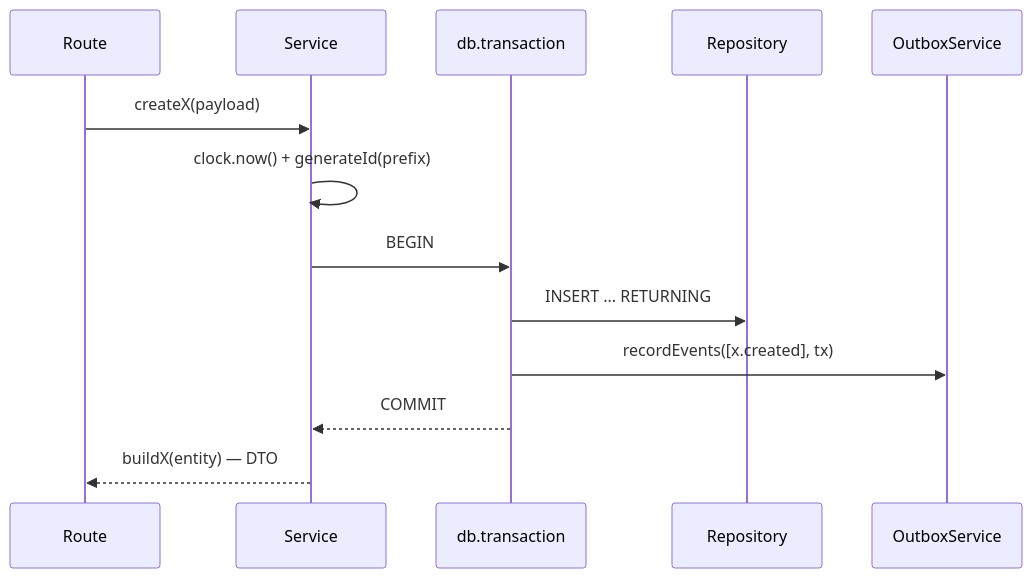
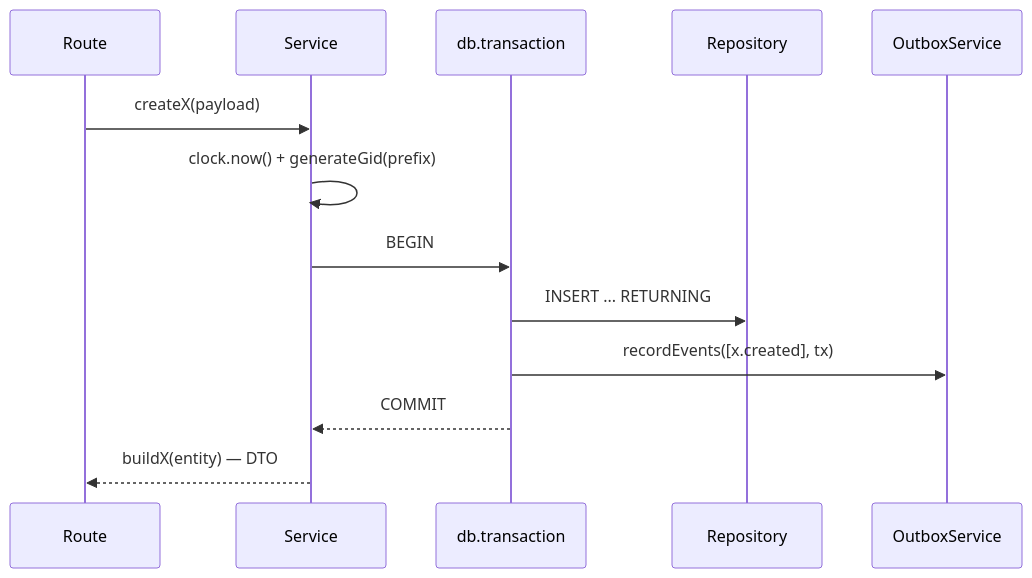
One commit to anhquang296/pinstripe changed the diagram in docs/flows/03-catalog-and-customer.md. Above: the diagram before and after it, drawn with Mermaid. The commit also changed other lines of this file and 37 other files, not shown here.

````diff
--- a/docs/flows/03-catalog-and-customer.md
+++ b/docs/flows/03-catalog-and-customer.md
@@ -11,16 +11,16 @@
 ```mermaid
 sequenceDiagram
     participant R as Route
     participant S as Service
     participant TX as db.transaction
     participant Repo as Repository
     participant OB as OutboxService
 
     R->>S: createX(payload)
-    S->>S: clock.now() + generateId(prefix)
+    S->>S: clock.now() + generateGid(prefix)
     S->>TX: BEGIN
     TX->>Repo: INSERT ... RETURNING
     TX->>OB: recordEvents([x.created], tx)
     TX-->>S: COMMIT
     S-->>R: buildX(entity) — DTO
 ```
````
